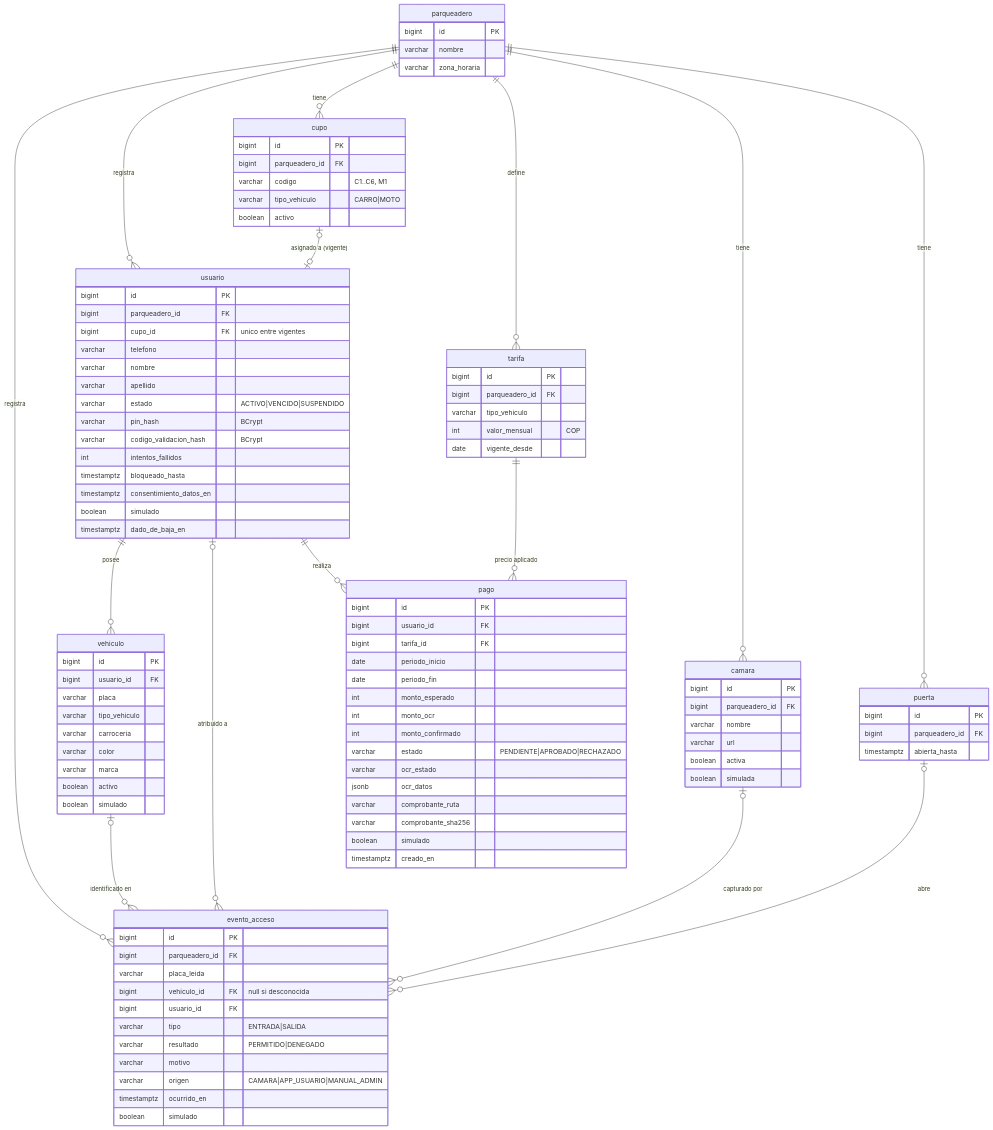
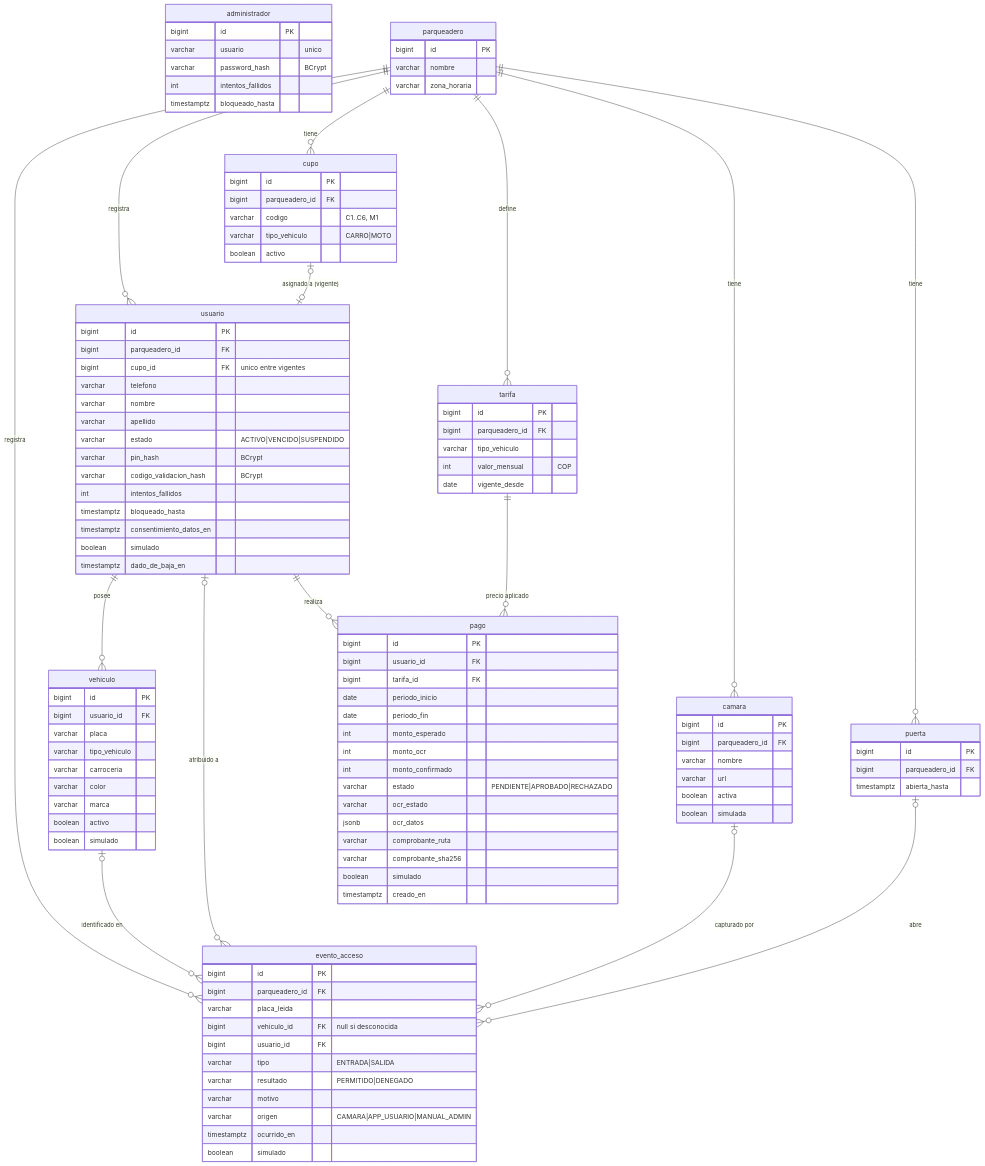
One commit to dannygetcode/Back_End_Parqueadero_App changed the second of 4 diagrams in docs/arquitectura/fase-1-modelo.md. Above: the diagram before and after it, drawn with Mermaid. The commit also changed other lines of this file and 7 other files, not shown here.

````diff
--- a/docs/arquitectura/fase-1-modelo.md
+++ b/docs/arquitectura/fase-1-modelo.md
@@ -28,5 +33,12 @@
 ```mermaid
 erDiagram
+  administrador {
+    bigint id PK
+    varchar usuario "unico"
+    varchar password_hash "BCrypt"
+    int intentos_fallidos
+    timestamptz bloqueado_hasta
+  }
   parqueadero ||--o{ cupo : tiene
   parqueadero ||--o{ usuario : registra
   parqueadero ||--o{ tarifa : define
````
